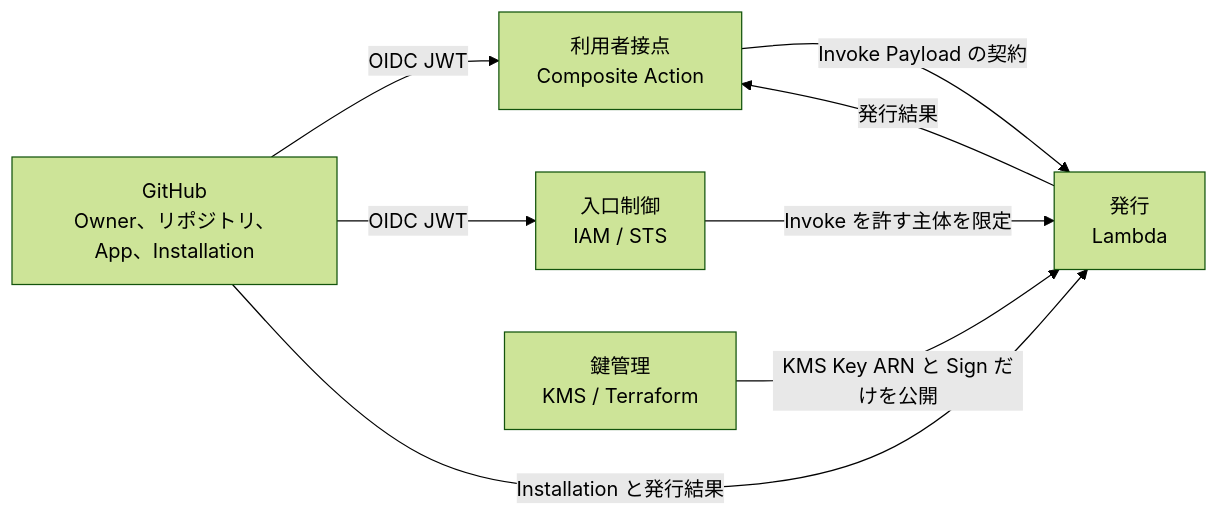
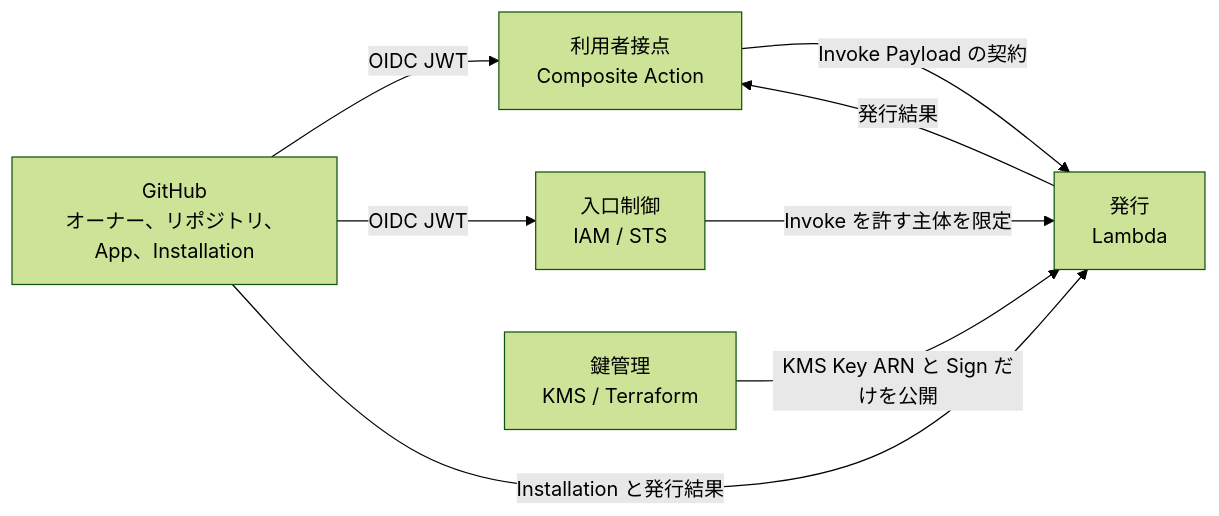
The third of 3 diagrams in docs/design/domain.md (tmknom/gates), drawn with Mermaid (forest theme) before and after one commit. The commit also changed other lines of this file and 6 other files, not shown here.

````diff
--- a/docs/design/domain.md
+++ b/docs/design/domain.md
@@ -389,15 +424,15 @@
 ```mermaid
 flowchart LR
-  GH[GitHub<br/>Owner、リポジトリ、App、Installation]
+  GH[GitHub<br/>オーナー、リポジトリ、App、Installation]
   UI[利用者接点<br/>Composite Action]
   EC[入口制御<br/>IAM / STS]
   IS[発行<br/>Lambda]
   KC[鍵管理<br/>KMS / Terraform]
   UI -->|Invoke Payload の契約| IS
   EC -->|Invoke を許す主体を限定| IS
   KC -->|KMS Key ARN と Sign だけを公開| IS
   GH -->|OIDC JWT| UI
   GH -->|OIDC JWT| EC
   GH -->|Installation と発行結果| IS
   IS -->|発行結果| UI
 ```
````
